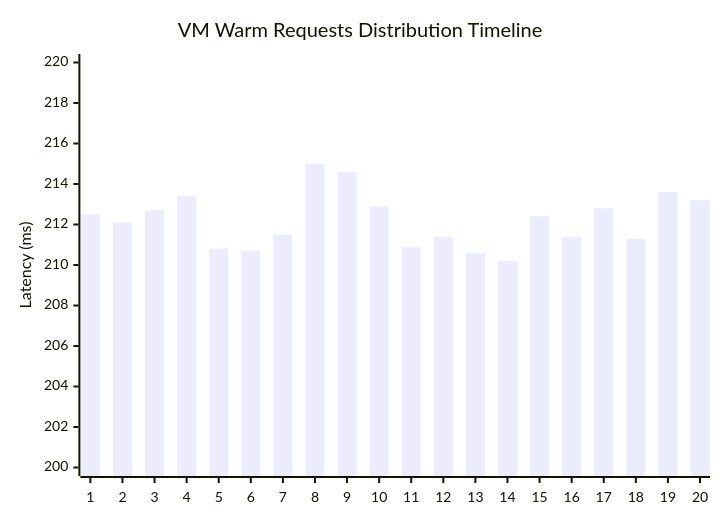
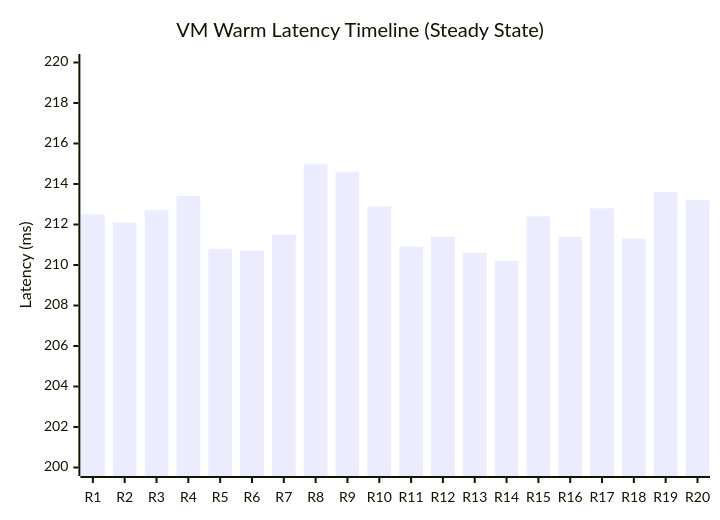
Before and after one commit to mshchukin/EURECOM-Clouds-Lab-2026: the fifth of 7 diagrams in submission/phase1_report.md, drawn with Mermaid. The commit also changed other lines of this file, not shown here.

First line of the commit message:
Revise section titles and latency charts

````diff
--- a/submission/phase1_report.md
+++ b/submission/phase1_report.md
@@ -58,7 +59,7 @@
 ```mermaid
 xychart-beta
-    title "VM Warm Requests Distribution Timeline"
-    x-axis ["1", "2", "3", "4", "5", "6", "7", "8", "9", "10", "11", "12", "13", "14", "15", "16", "17", "18", "19", "20"]
+    title "VM Warm Latency Timeline (Steady State)"
+    x-axis ["R1", "R2", "R3", "R4", "R5", "R6", "R7", "R8", "R9", "R10", "R11", "R12", "R13", "R14", "R15", "R16", "R17", "R18", "R19", "R20"]
     y-axis "Latency (ms)" 200 --> 220
-    bar "VM Request Latency" [212.5, 212.1, 212.7, 213.4, 210.8, 210.7, 211.5, 215.0, 214.6, 212.9, 210.9, 211.4, 210.6, 210.2, 212.4, 211.4, 212.8, 211.3, 213.6, 213.2]
+    bar "VM Latency" [212.5, 212.1, 212.7, 213.4, 210.8, 210.7, 211.5, 215.0, 214.6, 212.9, 210.9, 211.4, 210.6, 210.2, 212.4, 211.4, 212.8, 211.3, 213.6, 213.2]
 ```
````
